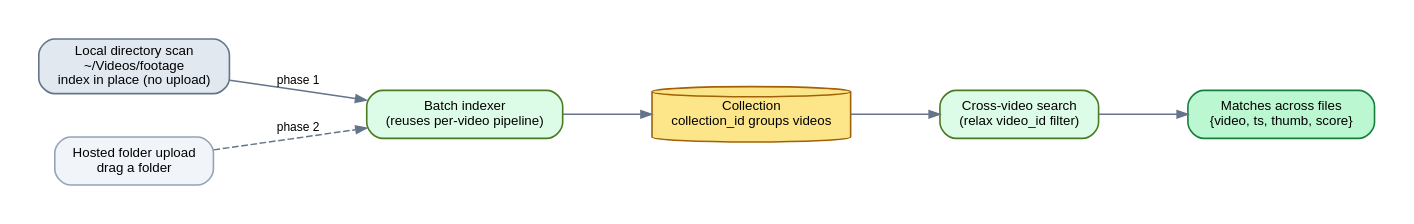
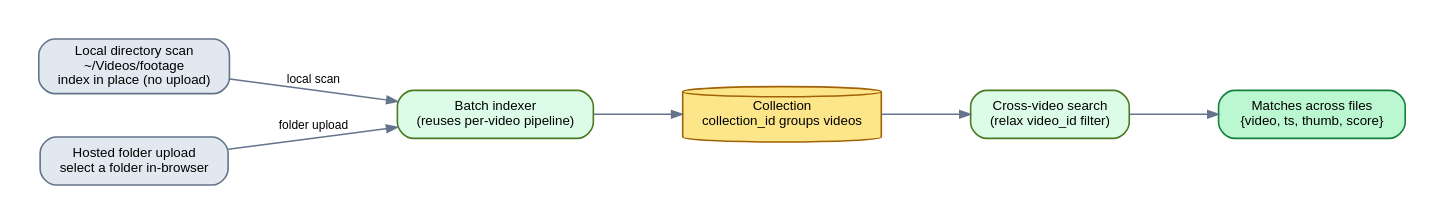
One commit to ernest-opara/scrubless changed the diagram in docs/diagrams/v2-library.dot. Above: the diagram before and after it, drawn with Graphviz. The commit also changed 4 other files, not shown here.

First line of the commit message:
feat: Library Mode phase 2 — hosted folder upload

```diff
--- a/docs/diagrams/v2-library.dot
+++ b/docs/diagrams/v2-library.dot
@@ -1,17 +1,17 @@
 digraph v2 {
   graph [bgcolor="white", fontname="Helvetica", rankdir=LR, nodesep=0.45, ranksep=0.9, pad=0.3];
   node  [fontname="Helvetica", fontsize=10, shape=box, style="rounded,filled",
          color="#4a7a22", fillcolor="#dcfce7", penwidth=1.2];
   edge  [fontname="Helvetica", fontsize=9, color="#64748b", penwidth=1.1, arrowsize=0.8];
 
   local  [label="Local directory scan\n~/Videos/footage\nindex in place (no upload)", fillcolor="#e2e8f0", color="#64748b"];
-  upload [label="Hosted folder upload\ndrag a folder", fillcolor="#f1f5f9", color="#94a3b8"];
+  upload [label="Hosted folder upload\nselect a folder in-browser", fillcolor="#e2e8f0", color="#64748b"];
   batch  [label="Batch indexer\n(reuses per-video pipeline)"];
   coll   [label="Collection\ncollection_id groups videos", shape=cylinder, fillcolor="#fde68a", color="#a16207"];
   xsearch[label="Cross-video search\n(relax video_id filter)"];
   out    [label="Matches across files\n{video, ts, thumb, score}", fillcolor="#bbf7d0", color="#15803d"];
 
-  local  -> batch [label="phase 1"];
-  upload -> batch [label="phase 2", style=dashed];
+  local  -> batch [label="local scan"];
+  upload -> batch [label="folder upload"];
   batch -> coll -> xsearch -> out;
 }
```
